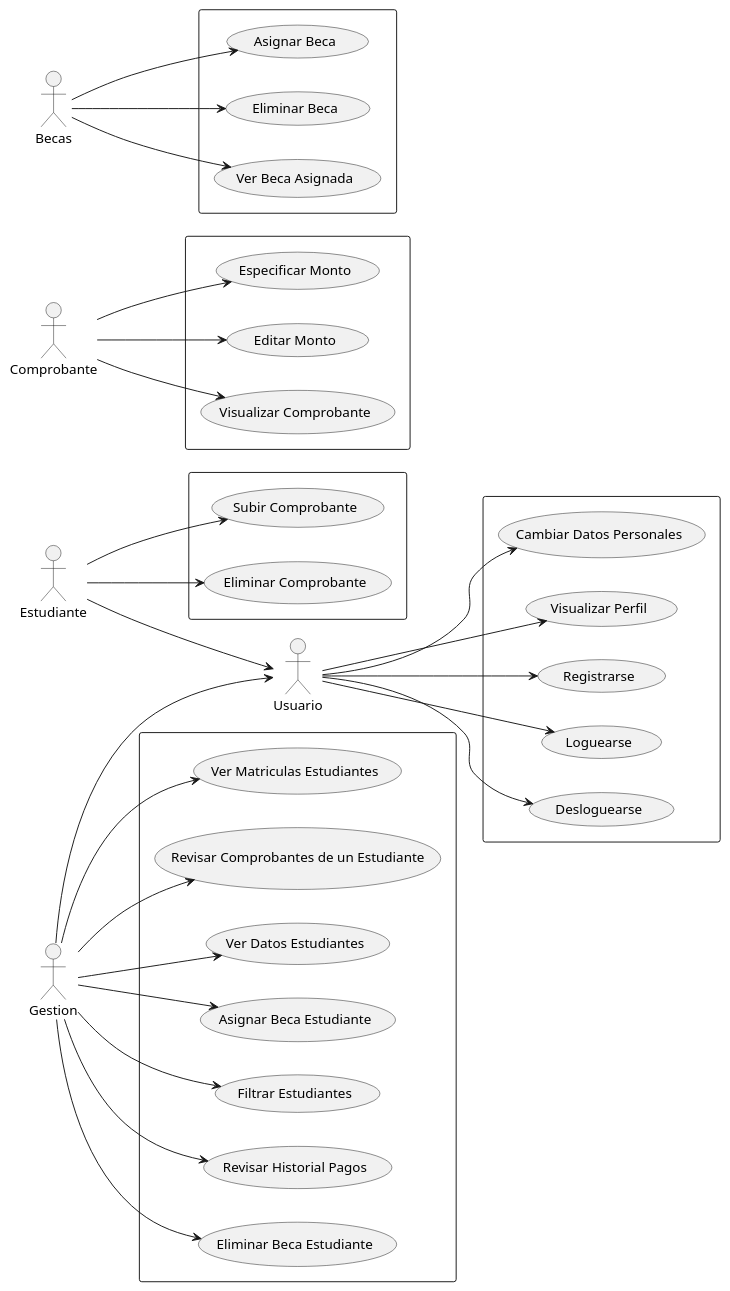
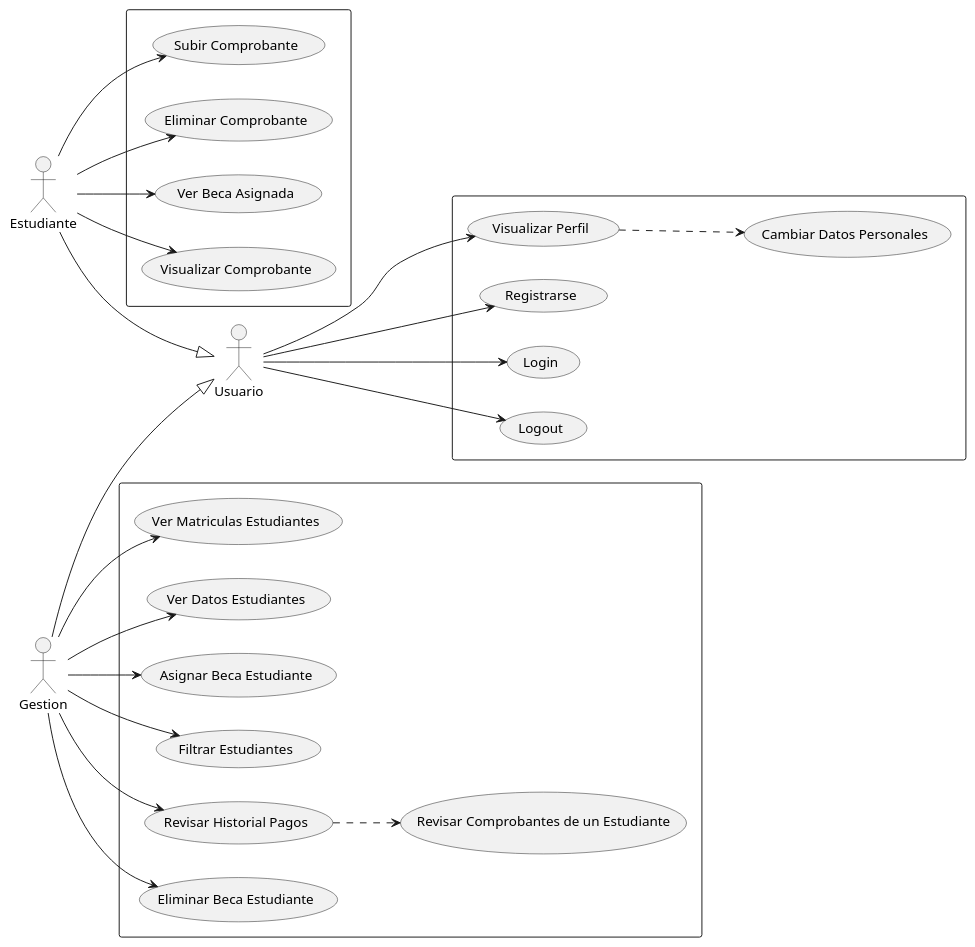
Before and after one commit to luisllanca/INFO248-graduados: the diagram in diagramas/caso_uso.puml, drawn with PlantUML.

Commit message:
Diagrama de casos de usp

```diff
--- a/diagramas/caso_uso.puml
+++ b/diagramas/caso_uso.puml
@@ -1,75 +1,58 @@
 @startuml
 
 left to right direction
 
 /' actor Usuario '/
 actor Estudiante
 actor Gestion
 
 rectangle {
-    usecase "Especificar Monto" as especificarMonto
-    usecase "Editar Monto" as editarMonto
-    usecase "Visualizar Comprobante" as visualizarComprobante
-}
-
-rectangle {
-    usecase "Asignar Beca" as asignarBeca
-    usecase "Eliminar Beca" as eliminarBeca
-    usecase "Ver Beca Asignada" as verBecaAsignada
-}
-
-rectangle {
     usecase "Subir Comprobante" as subirComprobante
     usecase "Eliminar Comprobante" as eliminarComprobante
+    usecase "Ver Beca Asignada" as verBecaAsignada
+    usecase "Visualizar Comprobante" as visualizarComprobante
 }
 
 rectangle {
     usecase "Ver Matriculas Estudiantes" as verMatriculasEstudiantes
     usecase "Revisar Comprobantes de un Estudiante" as revisarComprobantesEstudiantes
     usecase "Ver Datos Estudiantes" as verDatosEstudiantes
     usecase "Asignar Beca Estudiante" as asignarBecaEstudiante
     usecase "Filtrar Estudiantes" as filtrarEstudiantes
     usecase "Revisar Historial Pagos" as revisarHistorialPagos
     usecase "Eliminar Beca Estudiante" as eliminarBecaEstudiante
 }
 
 rectangle {
     usecase "Cambiar Datos Personales" as cambiarDatosPersonales
     usecase "Visualizar Perfil" as visualizarPerfil
     usecase "Registrarse" as registrarse
-    usecase "Loguearse" as loguearse
-    usecase "Desloguearse" as desloguearse
+    usecase "Login" as loguearse
+    usecase "Logout" as desloguearse
 }
 
 
 
 Usuario --> registrarse
 Usuario --> loguearse
 Usuario --> desloguearse
 Usuario --> visualizarPerfil
-Usuario --> cambiarDatosPersonales
+visualizarPerfil ..> cambiarDatosPersonales
 
 Estudiante --> subirComprobante
 Estudiante --> eliminarComprobante
+Estudiante --> visualizarComprobante
 
-Comprobante --> especificarMonto
-Comprobante --> editarMonto
-Comprobante --> visualizarComprobante
-
-Becas --> asignarBeca
-Becas --> eliminarBeca
-Becas --> verBecaAsignada
-
+Estudiante --> verBecaAsignada
 Gestion --> verMatriculasEstudiantes
-Gestion --> revisarComprobantesEstudiantes
+revisarHistorialPagos ..> revisarComprobantesEstudiantes
 Gestion --> verDatosEstudiantes
 Gestion --> asignarBecaEstudiante
 Gestion --> filtrarEstudiantes
 Gestion --> revisarHistorialPagos
 Gestion --> eliminarBecaEstudiante
 
-Gestion --> Usuario
-Estudiante --> Usuario
-
+Estudiante --|> Usuario
+Gestion --|> Usuario
 
 @enduml
```
